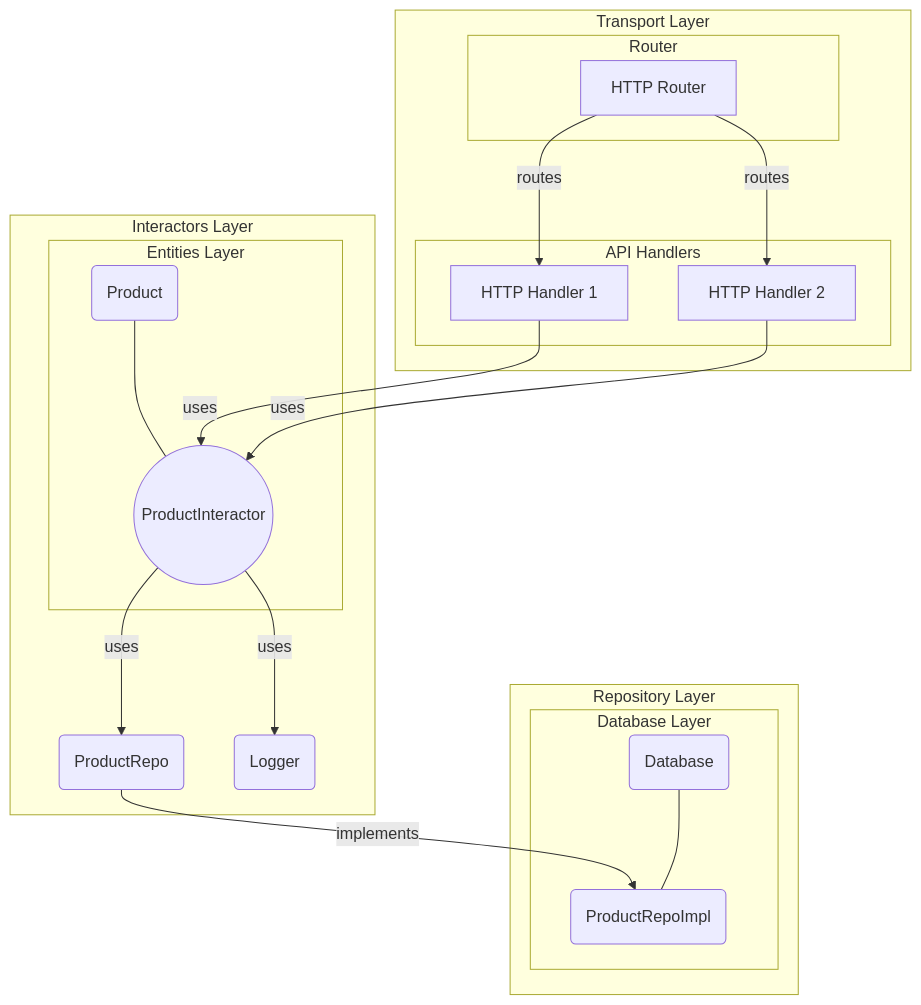
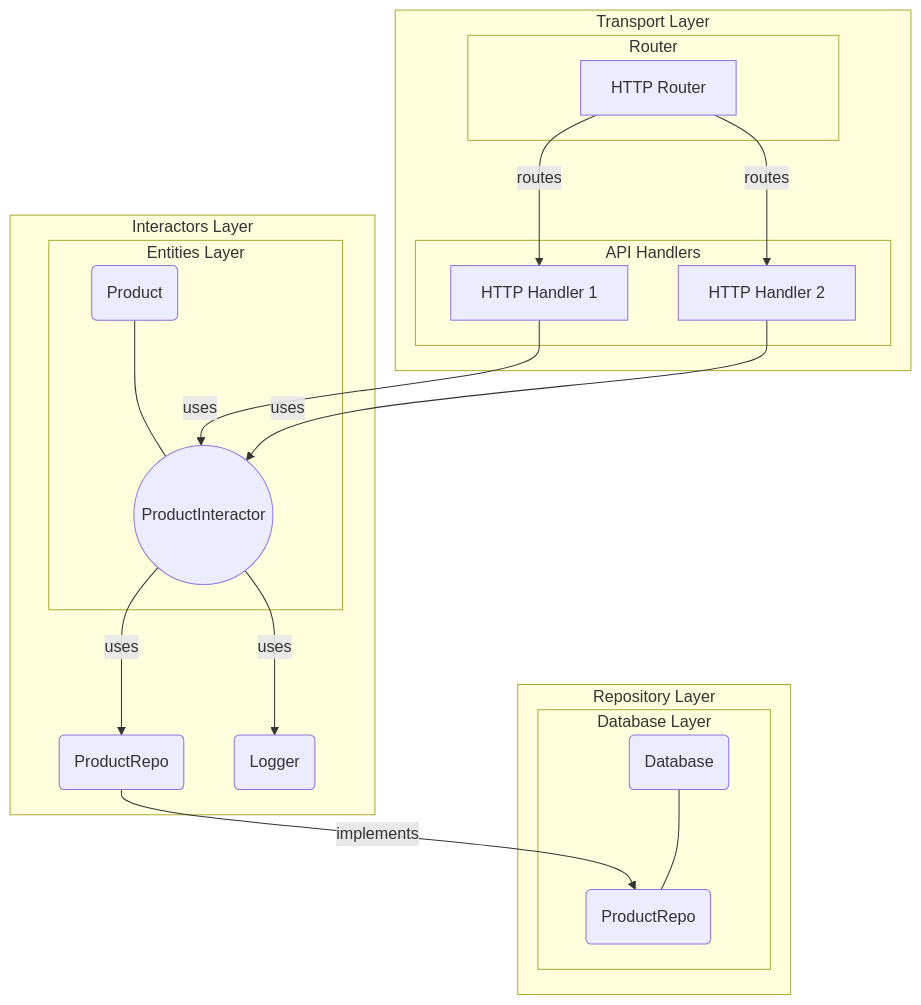
The second of 2 diagrams in README.md (delveper/mystore), drawn with Mermaid before and after one commit. The commit also changed other lines of this file and 1 other file, not shown here.

````diff
--- a/README.md
+++ b/README.md
@@ -110,29 +130,29 @@
 ```mermaid
 graph TD;
   subgraph "Interactors Layer"
     PI((ProductInteractor)) -->|uses| PR(ProductRepo)
     PI -->|uses| L(Logger)
     subgraph "Entities Layer"
       E(Product) --- PI
     end
   end
 
   subgraph "Repository Layer"
-    PR -->|implements| PIR(ProductRepoImpl)
+    PR -->|implements| PIR(ProductRepo)
     subgraph "Database Layer"
       D(Database) --- PIR
     end
   end
 
   subgraph "Transport Layer"
     subgraph "API Handlers"
       H1[HTTP Handler 1] -->|uses| PI
       H2[HTTP Handler 2] -->|uses| PI
     end
 
     subgraph "Router"
       R[HTTP Router] -->|routes| H1
       R -->|routes| H2
     end
   end
 ```
````
